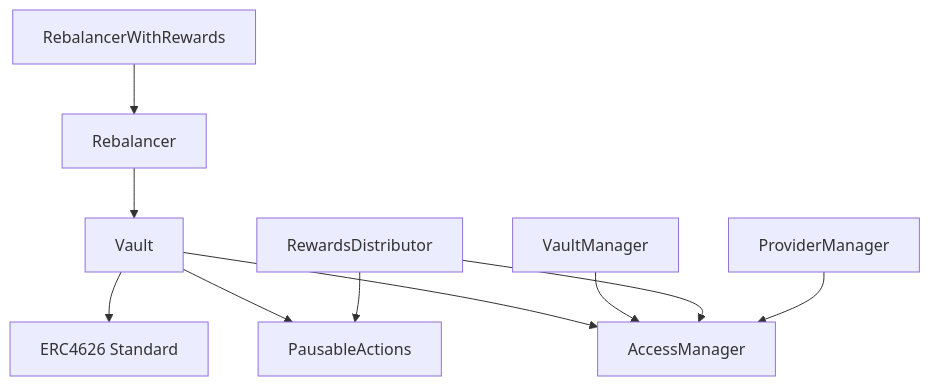
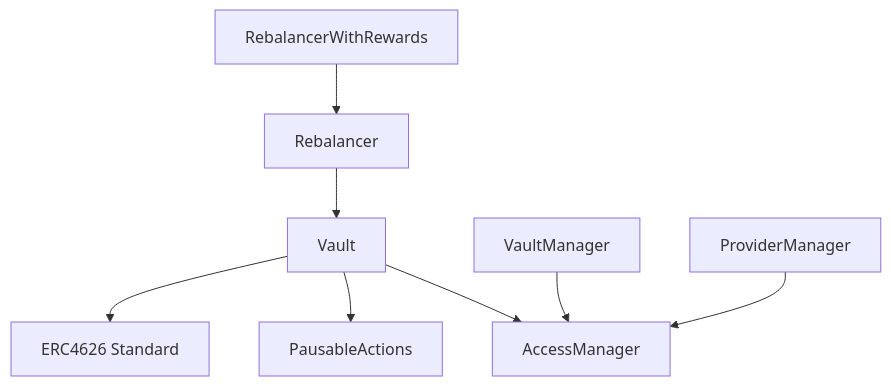
The fifth of 6 diagrams in docs/shemes/contract-interaction-diagram.md (Thesauros/contracts), drawn with Mermaid before and after one commit. The commit also changed other lines of this file and 13 other files, not shown here.

````diff
--- a/docs/shemes/contract-interaction-diagram.md
+++ b/docs/shemes/contract-interaction-diagram.md
@@ -194,19 +170,17 @@
 ```mermaid
 graph TD
     ERC4626[ERC4626 Standard]
     PausableActions[PausableActions]
     AccessManager[AccessManager]
     
     Vault --> ERC4626
     Vault --> PausableActions
     Vault --> AccessManager
     
     Rebalancer --> Vault
     RebalancerWithRewards --> Rebalancer
     
     VaultManager --> AccessManager
-    RewardsDistributor --> PausableActions
-    RewardsDistributor --> AccessManager
     
     ProviderManager --> AccessManager
 ```
````
